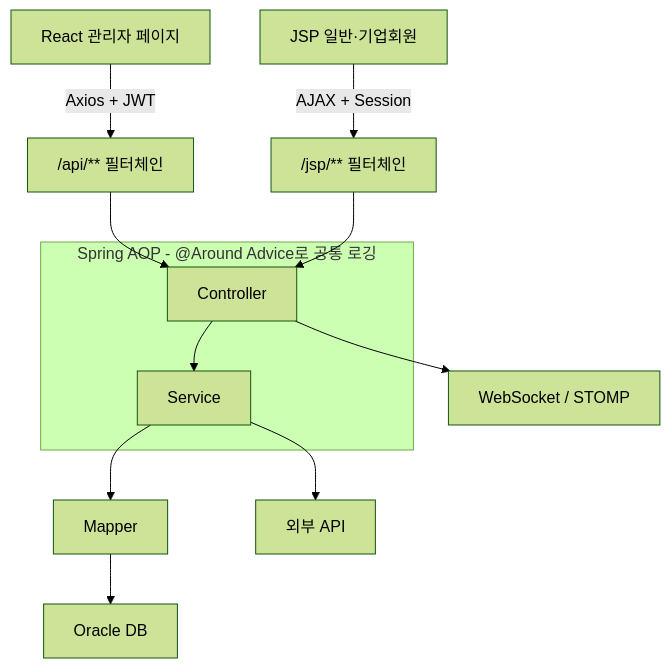
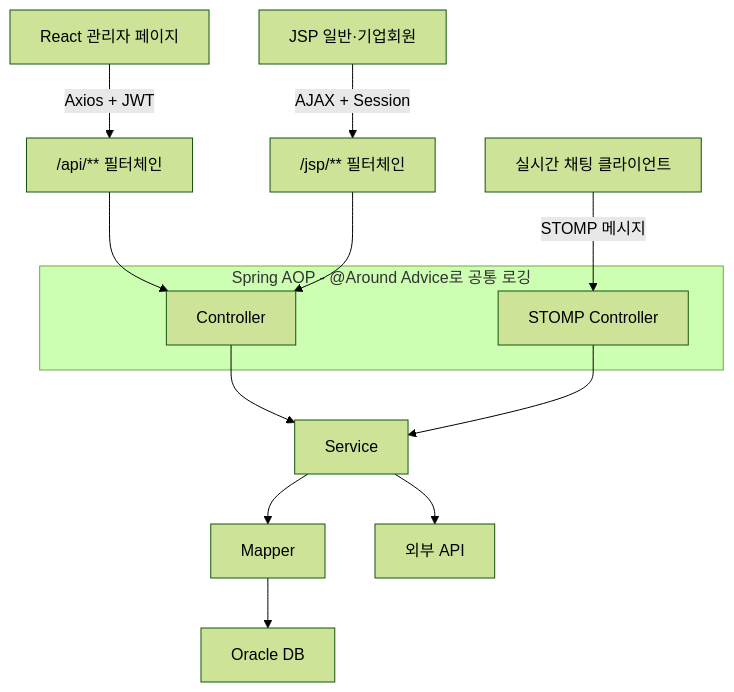
The diagram in README.md (dongkun8130/MohaengProject), drawn with Mermaid (forest theme) before and after one commit. The commit also changed other lines of this file, not shown here.

````diff
--- a/README.md
+++ b/README.md
@@ -104,18 +104,19 @@
 ```mermaid
 flowchart TB
     A[React 관리자 페이지] -->|Axios + JWT| C["/api/** 필터체인"]
     B[JSP 일반·기업회원] -->|AJAX + Session| D["/jsp/** 필터체인"]
+    K[실시간 채팅 클라이언트] -->|STOMP 메시지| M[STOMP Controller]
 
     subgraph AOP["Spring AOP - @Around Advice로 공통 로깅"]
         E[Controller]
-        F[Service]
+        M
     end
 
     C --> E
     D --> E
-    E --> F
+    E --> F[Service]
+    M --> F
     F --> G[Mapper]
     G --> H[Oracle DB]
     F --> I[외부 API]
-    E --> J[WebSocket / STOMP]
 ```
````
